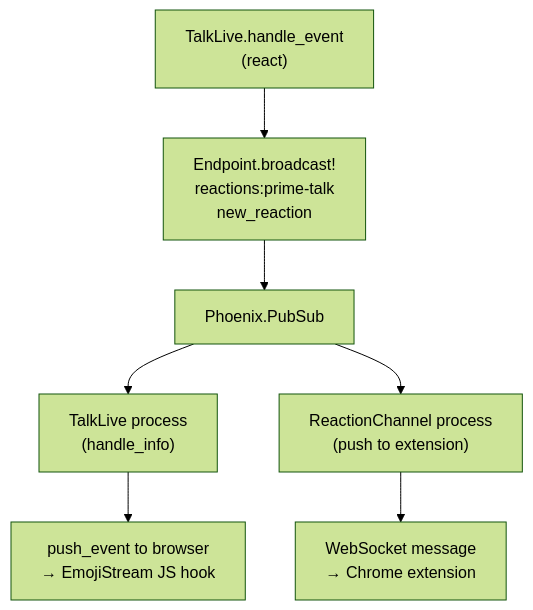
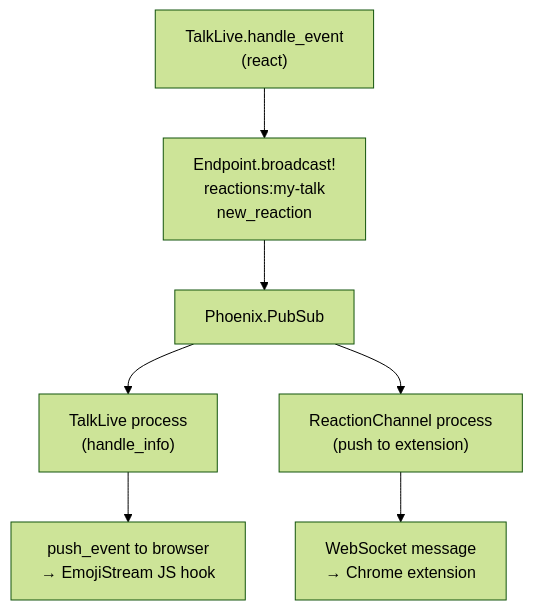
One commit to grymoire7/joyconf changed the third of 5 diagrams in docs/explainer.md. Above: the diagram before and after it, drawn with Mermaid (forest theme). The commit also changed other lines of this file, not shown here.

Commit message:
docs: scrub prime refs

````diff
--- a/docs/explainer.md
+++ b/docs/explainer.md
@@ -239,9 +239,9 @@
 ```mermaid
 graph TD
-    HE["TalkLive.handle_event\n(react)"] --> BC["Endpoint.broadcast!\nreactions:prime-talk\nnew_reaction"]
+    HE["TalkLive.handle_event\n(react)"] --> BC["Endpoint.broadcast!\nreactions:my-talk\nnew_reaction"]
     BC --> PS["Phoenix.PubSub"]
     PS --> LV["TalkLive process\n(handle_info)"]
     PS --> RC["ReactionChannel process\n(push to extension)"]
     LV --> PEV["push_event to browser\n→ EmojiStream JS hook"]
     RC --> WS["WebSocket message\n→ Chrome extension"]
 ```
````
